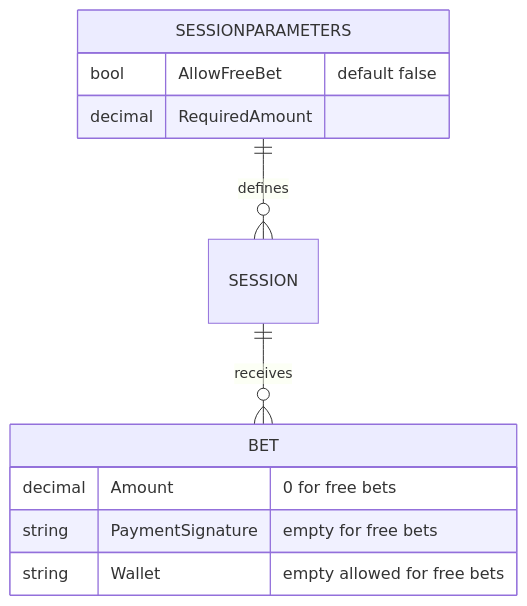
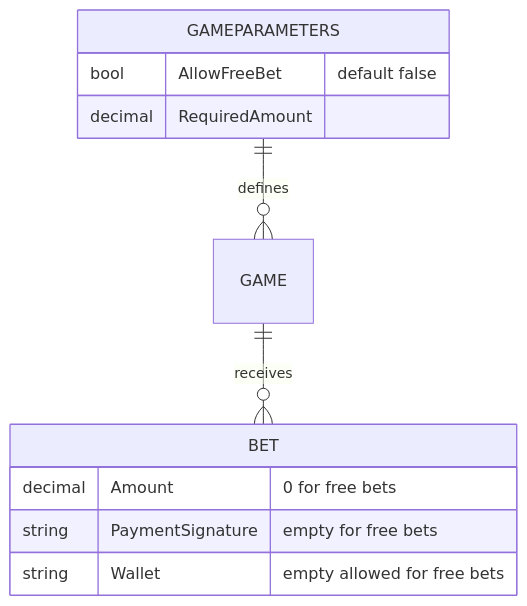
Before and after one commit to marcusruas/monkify-meta: the first of 3 diagrams in specs/free-bet-mode.md, drawn with Mermaid. The commit also changed other lines of this file and 57 other files, not shown here.

First line of the commit message:
Rebrand: Monkify->ChimpOut, Session->Game in KB prose (monkify-meta)

````diff
--- a/specs/free-bet-mode.md
+++ b/specs/free-bet-mode.md
@@ -121,14 +121,14 @@
 ```mermaid
 erDiagram
-    SESSIONPARAMETERS {
+    GAMEPARAMETERS {
         bool AllowFreeBet "default false"
         decimal RequiredAmount
     }
-    SESSIONPARAMETERS ||--o{ SESSION : defines
-    SESSION ||--o{ BET : receives
+    GAMEPARAMETERS ||--o{ GAME : defines
+    GAME ||--o{ BET : receives
     BET {
         decimal Amount "0 for free bets"
         string PaymentSignature "empty for free bets"
         string Wallet "empty allowed for free bets"
     }
 ```
````
